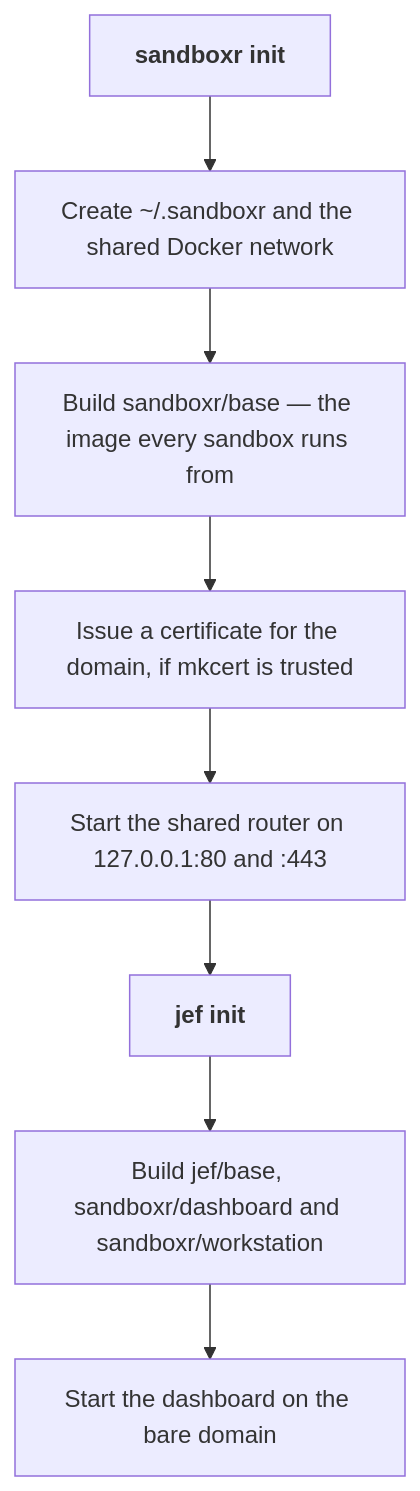
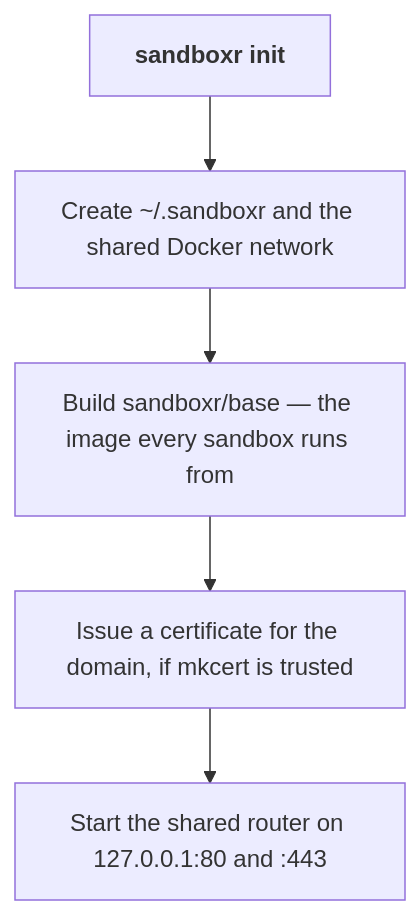
One commit to mattmoran56/sandboxer-core changed the diagram in docs/getting-started/install.md. Above: the diagram before and after it, drawn with Mermaid. The commit also changed other lines of this file and 3 other files, not shown here.

````diff
--- a/docs/getting-started/install.md
+++ b/docs/getting-started/install.md
@@ -89,12 +83,9 @@
 ```mermaid
 flowchart TB
   a["<b>sandboxr init</b>"]
   b["Create ~/.sandboxr and the shared Docker network"]
   c["Build sandboxr/base — the image every sandbox runs from"]
   e["Issue a certificate for the domain, if mkcert is trusted"]
   f["Start the shared router on 127.0.0.1:80 and :443"]
   a --> b --> c --> e --> f
-  f --> g["<b>jef init</b>"]
-  g --> h["Build jef/base, sandboxr/dashboard and sandboxr/workstation"]
-  h --> i["Start the dashboard on the bare domain"]
 ```
````
